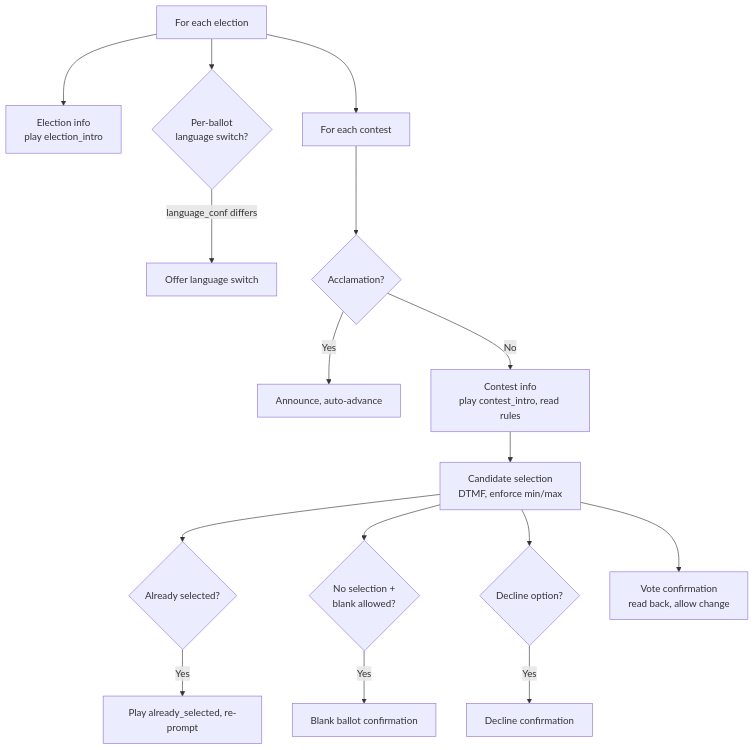
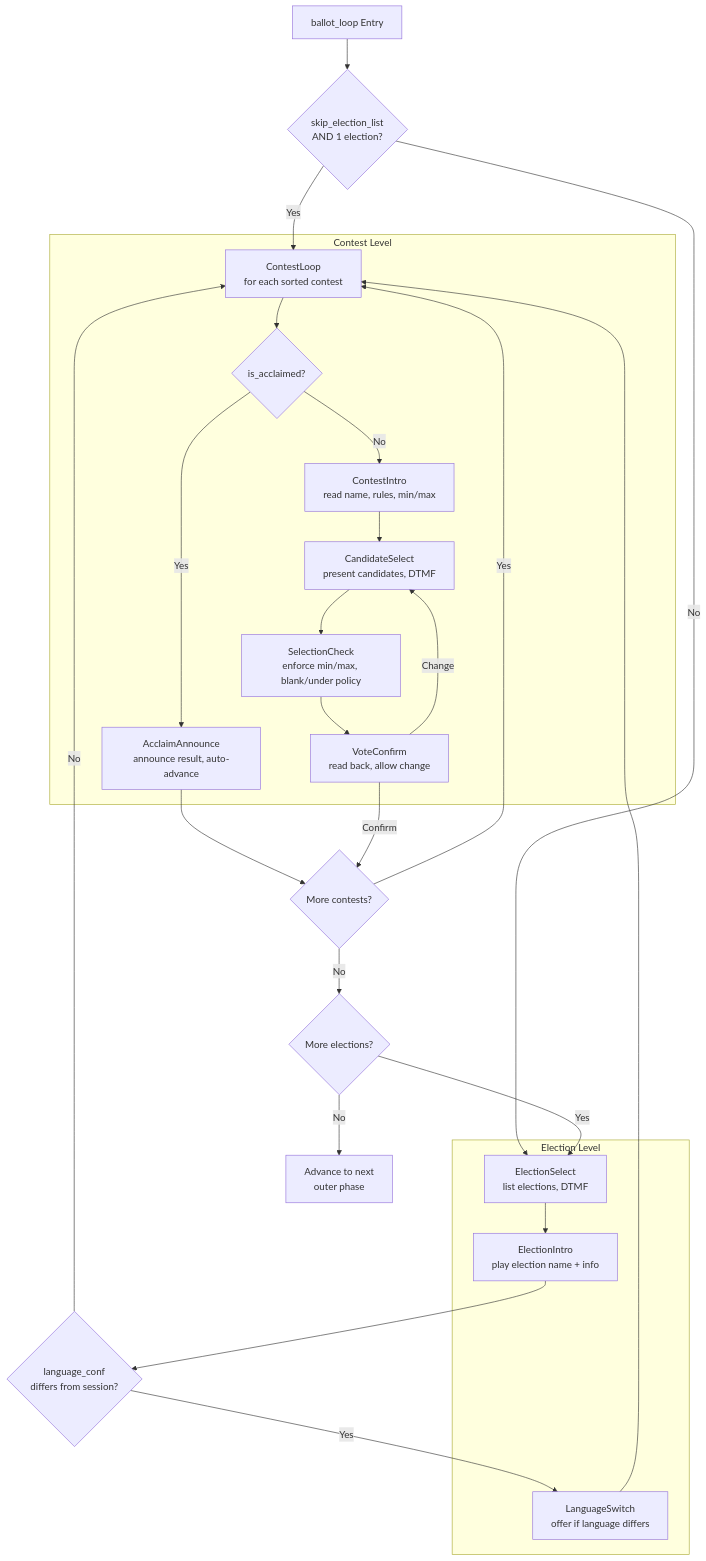
The second of 11 diagrams in docs/docusaurus/docs/07-developers/12-ivr/ivr-system-design.md (sequentech/step), drawn with Mermaid before and after one commit. The commit also changed other lines of this file, not shown here.

````diff
--- a/docs/docusaurus/docs/07-developers/12-ivr/ivr-system-design.md
+++ b/docs/docusaurus/docs/07-developers/12-ivr/ivr-system-design.md
@@ -145,18 +160,41 @@
 ```mermaid
 flowchart TD
-    A[For each election] --> B[Election info<br/>play election_intro]
-    A --> C{Per-ballot<br/>language switch?}
-    C -->|language_conf differs| D[Offer language switch]
-    A --> E[For each contest]
-    E --> F{Acclamation?}
-    F -->|Yes| G[Announce, auto-advance]
-    F -->|No| H[Contest info<br/>play contest_intro, read rules]
-    H --> I[Candidate selection<br/>DTMF, enforce min/max]
-    I --> J{Already selected?}
-    J -->|Yes| K[Play already_selected, re-prompt]
-    I --> L{No selection +<br/>blank allowed?}
-    L -->|Yes| M[Blank ballot confirmation]
-    I --> N{Decline option?}
-    N -->|Yes| O[Decline confirmation]
-    I --> P[Vote confirmation<br/>read back, allow change]
+    Start[ballot_loop Entry] --> SkipCheck{skip_election_list<br/>AND 1 election?}
+    SkipCheck -->|Yes| ContestLoop
+    SkipCheck -->|No| ElectionSelect
+
+    subgraph ElectionLevel [Election Level]
+        ElectionSelect[ElectionSelect<br/>list elections, DTMF]
+        ElectionIntro[ElectionIntro<br/>play election name + info]
+        LanguageSwitch[LanguageSwitch<br/>offer if language differs]
+    end
+
+    ElectionSelect --> ElectionIntro
+    ElectionIntro --> LangCheck{language_conf<br/>differs from session?}
+    LangCheck -->|Yes| LanguageSwitch --> ContestLoop
+    LangCheck -->|No| ContestLoop
+
+    subgraph ContestLevel [Contest Level]
+        ContestLoop[ContestLoop<br/>for each sorted contest]
+        AcclaimCheck{is_acclaimed?}
+        AcclaimAnnounce[AcclaimAnnounce<br/>announce result, auto-advance]
+        ContestIntro[ContestIntro<br/>read name, rules, min/max]
+        CandidateSelect[CandidateSelect<br/>present candidates, DTMF]
+        SelectionCheck[SelectionCheck<br/>enforce min/max, blank/under policy]
+        VoteConfirm[VoteConfirm<br/>read back, allow change]
+    end
+
+    ContestLoop --> AcclaimCheck
+    AcclaimCheck -->|Yes| AcclaimAnnounce --> NextContest
+    AcclaimCheck -->|No| ContestIntro --> CandidateSelect
+    CandidateSelect --> SelectionCheck
+    SelectionCheck --> VoteConfirm
+    VoteConfirm -->|Change| CandidateSelect
+    VoteConfirm -->|Confirm| NextContest
+
+    NextContest{More contests?}
+    NextContest -->|Yes| ContestLoop
+    NextContest -->|No| MoreElections{More elections?}
+    MoreElections -->|Yes| ElectionSelect
+    MoreElections -->|No| Done[Advance to next<br/>outer phase]
 ```
````
